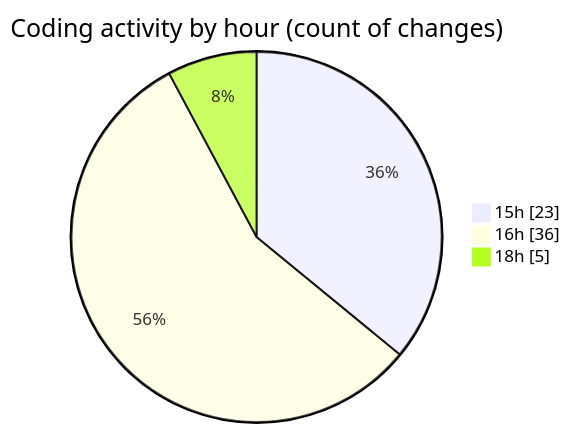
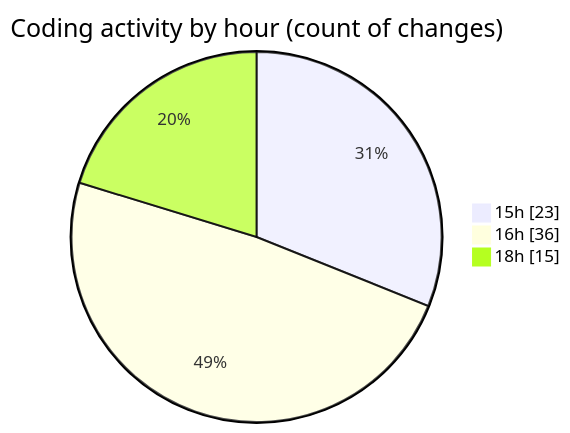
Before and after one commit to Netris89/code-tracking: the second of 2 diagrams in 2025-04-01/back-end/README.md, drawn with Mermaid. The commit also changed other lines of this file and 1 other file, not shown here.

````diff
--- a/2025-04-01/back-end/README.md
+++ b/2025-04-01/back-end/README.md
@@ -32,7 +33,7 @@
 ```mermaid
 pie showData
 title Coding activity by hour (count of changes)
 "15h" : 23
 "16h" : 36
-"18h" : 5
+"18h" : 15
 ```
````
